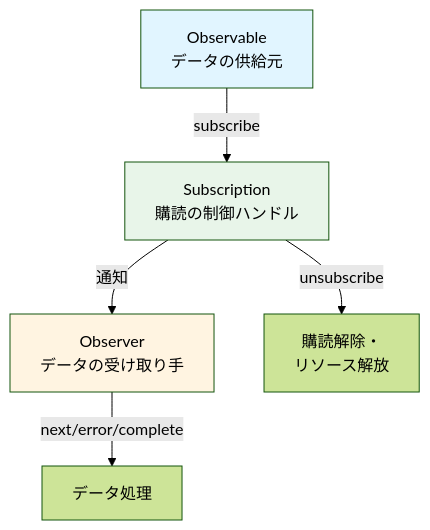
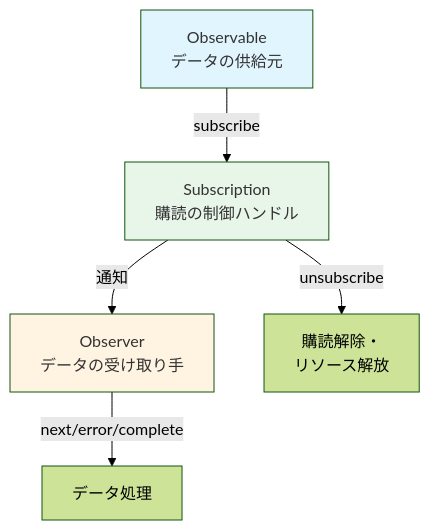
Before and after one commit to shuji-bonji/RxJS-with-TypeScript: the diagram in docs/guide/basics/what-is-a-stream.md, drawn with Mermaid (forest theme). The commit also changed 3 other files, not shown here.

````diff
--- a/docs/guide/basics/what-is-a-stream.md
+++ b/docs/guide/basics/what-is-a-stream.md
@@ -44,15 +44,15 @@
 ```mermaid
   graph TB
       Observable[Observable<br/>データの供給元]
       Observer[Observer<br/>データの受け取り手]
       Subscription[Subscription<br/>購読の制御ハンドル]
 
       Observable -->|subscribe| Subscription
       Subscription -->|通知| Observer
       Observer -->|next/error/complete| Process[データ処理]
       Subscription -->|unsubscribe| Cleanup[購読解除・<br/>リソース解放]
 
-      style Observable fill:#e1f5ff
-      style Observer fill:#fff4e1
-      style Subscription fill:#e8f5e9
+      style Observable fill:#e1f5ff,color:#333
+      style Observer fill:#fff4e1,color:#333
+      style Subscription fill:#e8f5e9,color:#333
 ```
````
